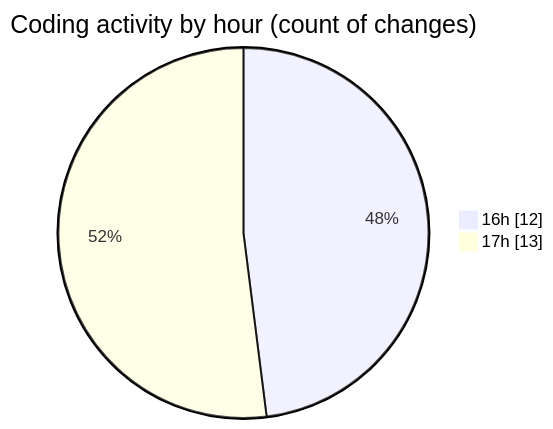
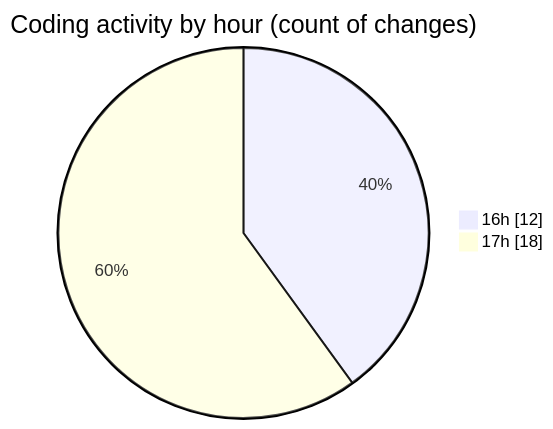
One commit to EIIisD/code-tracking changed the second of 2 diagrams in 2025-08-05/tw-server/README.md. Above: the diagram before and after it, drawn with Mermaid. The commit also changed other lines of this file and 1 other file, not shown here.

````diff
--- a/2025-08-05/tw-server/README.md
+++ b/2025-08-05/tw-server/README.md
@@ -38,6 +38,6 @@
 ```mermaid
 pie showData
 title Coding activity by hour (count of changes)
 "16h" : 12
-"17h" : 13
+"17h" : 18
 ```
````
